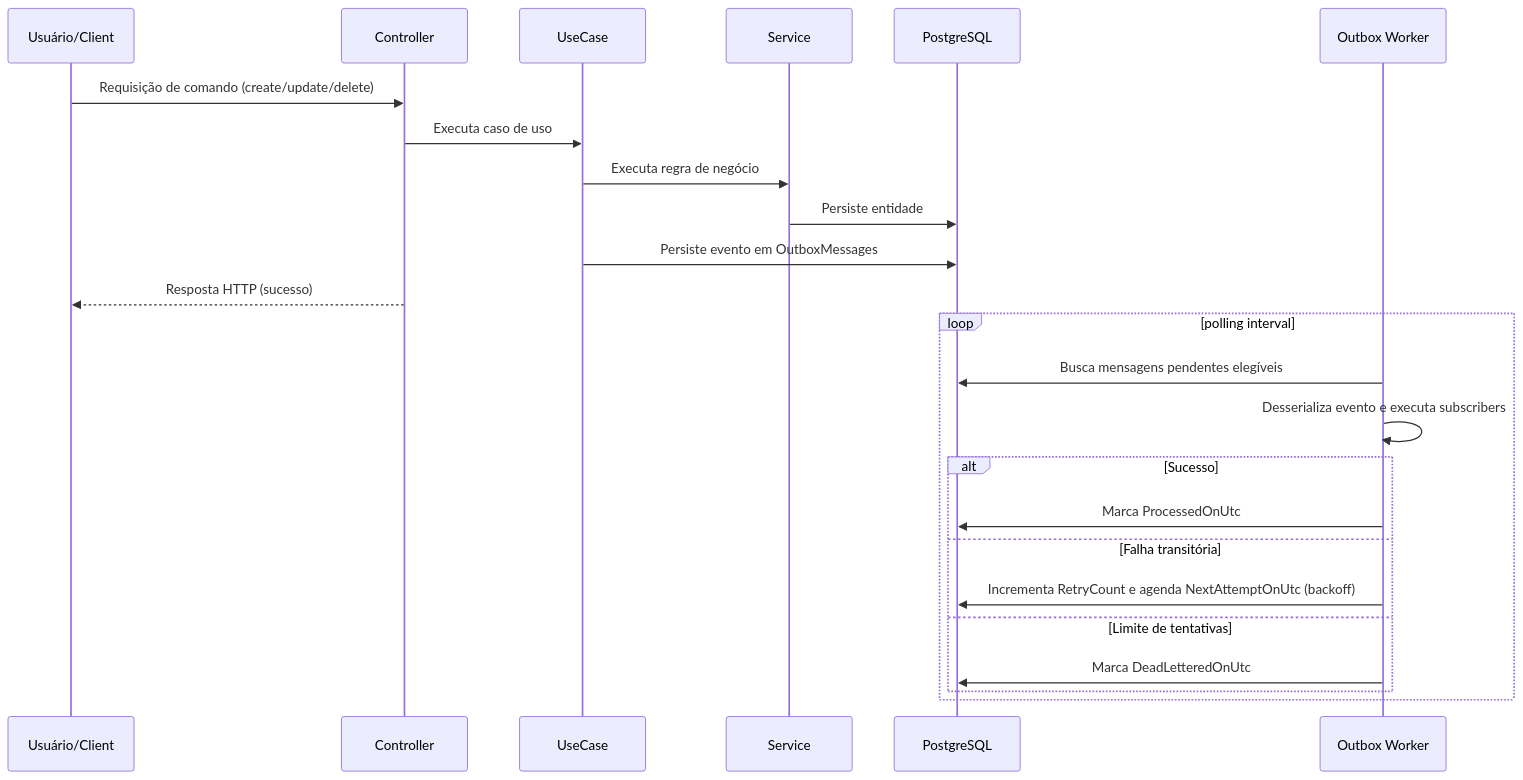
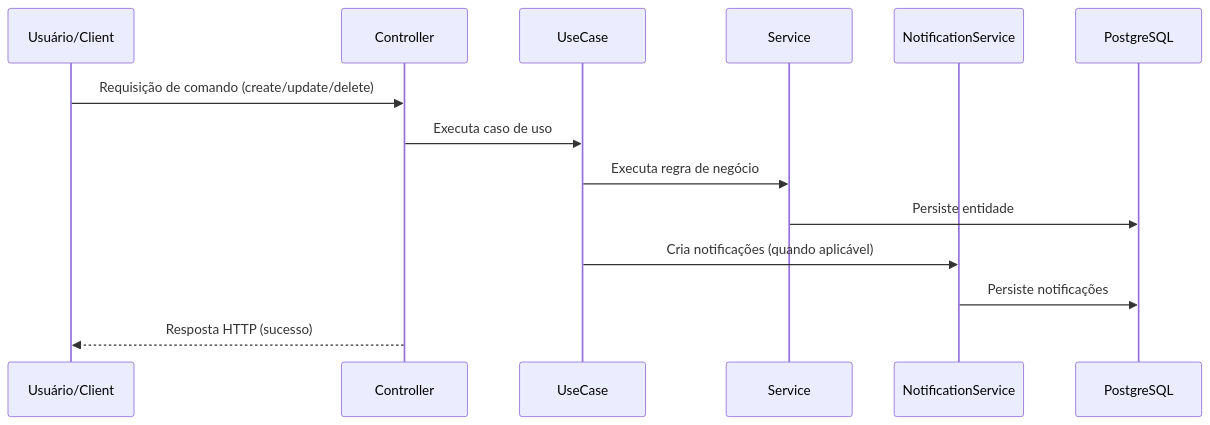
Before and after one commit to dsbraz/bud: the second of 10 diagrams in README.md, drawn with Mermaid. The commit also changed other lines of this file and 364 other files, not shown here.

````diff
--- a/README.md
+++ b/README.md
@@ -155,28 +127,17 @@
 ```mermaid
 sequenceDiagram
     participant U as Usuário/Client
     participant C as Controller
     participant UC as UseCase
     participant S as Service
+    participant NS as NotificationService
     participant DB as PostgreSQL
-    participant W as Outbox Worker
 
     U->>C: Requisição de comando (create/update/delete)
     C->>UC: Executa caso de uso
     UC->>S: Executa regra de negócio
     S->>DB: Persiste entidade
-    UC->>DB: Persiste evento em OutboxMessages
+    UC->>NS: Cria notificações (quando aplicável)
+    NS->>DB: Persiste notificações
     C-->>U: Resposta HTTP (sucesso)
-
-    loop polling interval
-        W->>DB: Busca mensagens pendentes elegíveis
-        W->>W: Desserializa evento e executa subscribers
-        alt Sucesso
-            W->>DB: Marca ProcessedOnUtc
-        else Falha transitória
-            W->>DB: Incrementa RetryCount e agenda NextAttemptOnUtc (backoff)
-        else Limite de tentativas
-            W->>DB: Marca DeadLetteredOnUtc
-        end
-    end
 ```
````
